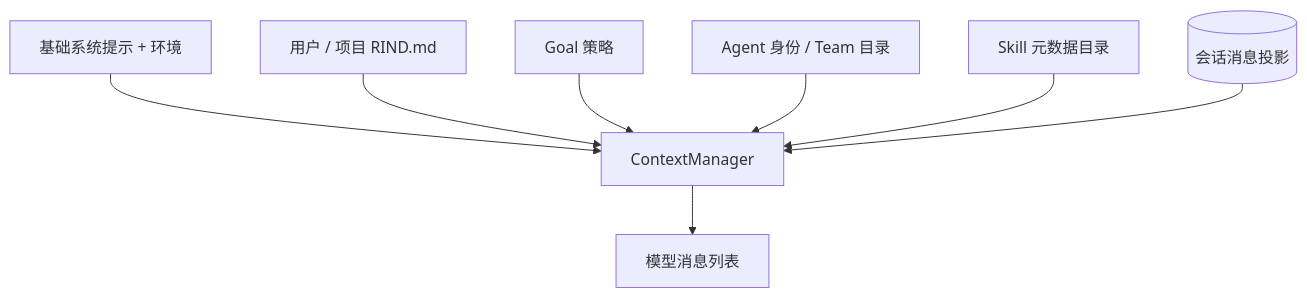
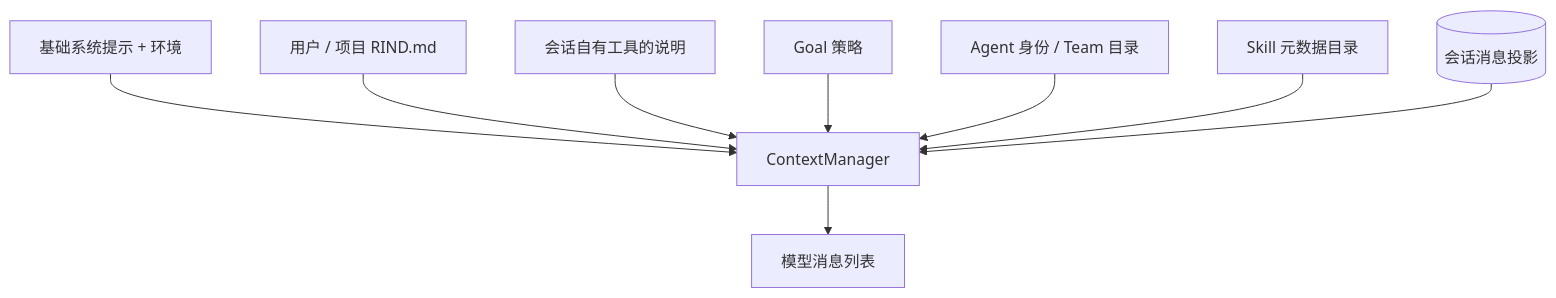
One commit to Azzurroooo/rind changed the diagram in docs/internals/02-context/prompt-assembly.zh-CN.md. Above: the diagram before and after it, drawn with Mermaid. The commit also changed other lines of this file and 12 other files, not shown here.

```diff
--- a/docs/internals/02-context/prompt-assembly.zh-CN.md
+++ b/docs/internals/02-context/prompt-assembly.zh-CN.md
@@ -7,10 +7,11 @@
 ~~~mermaid
 flowchart TB
     BASE["基础系统提示 + 环境"] --> CM["ContextManager"]
     DOC["用户 / 项目 RIND.md"] --> CM
+    TOOLS["会话自有工具的说明"] --> CM
     GOAL["Goal 策略"] --> CM
     TEAM["Agent 身份 / Team 目录"] --> CM
     SKILL["Skill 元数据目录"] --> CM
     HIST[("会话消息投影")] --> CM
     CM --> REQ["模型消息列表"]
 ~~~
```
